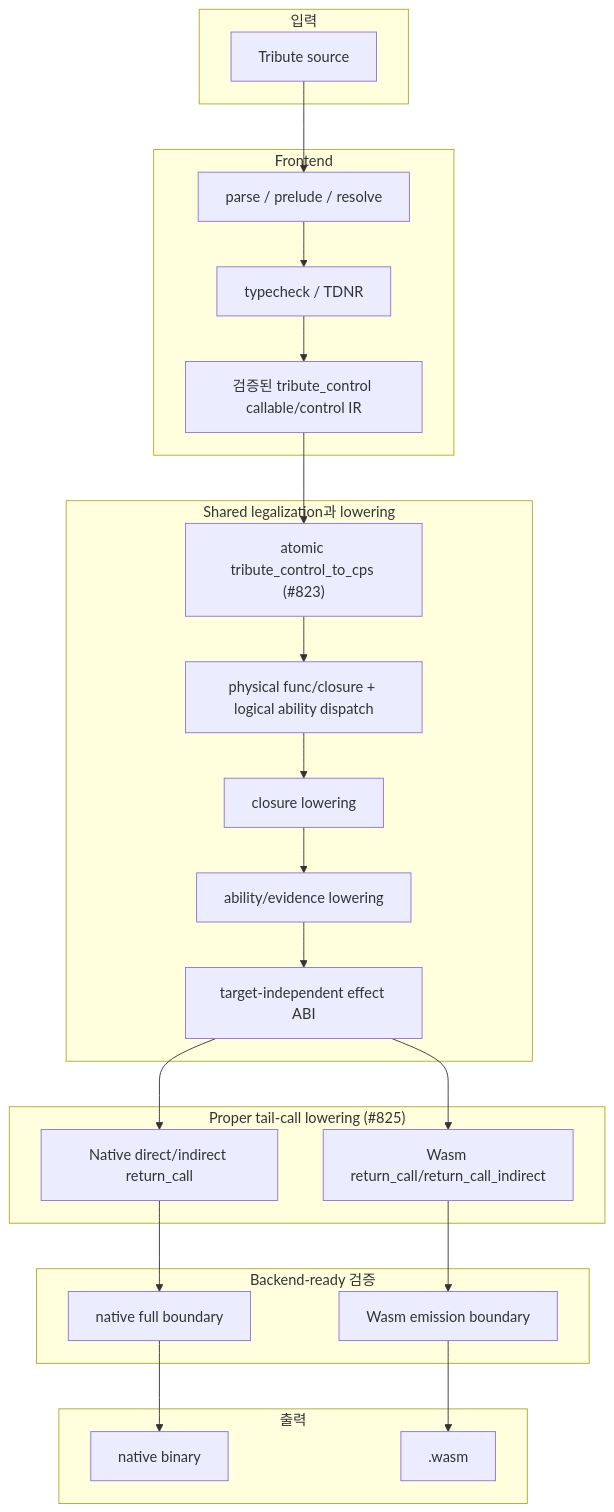
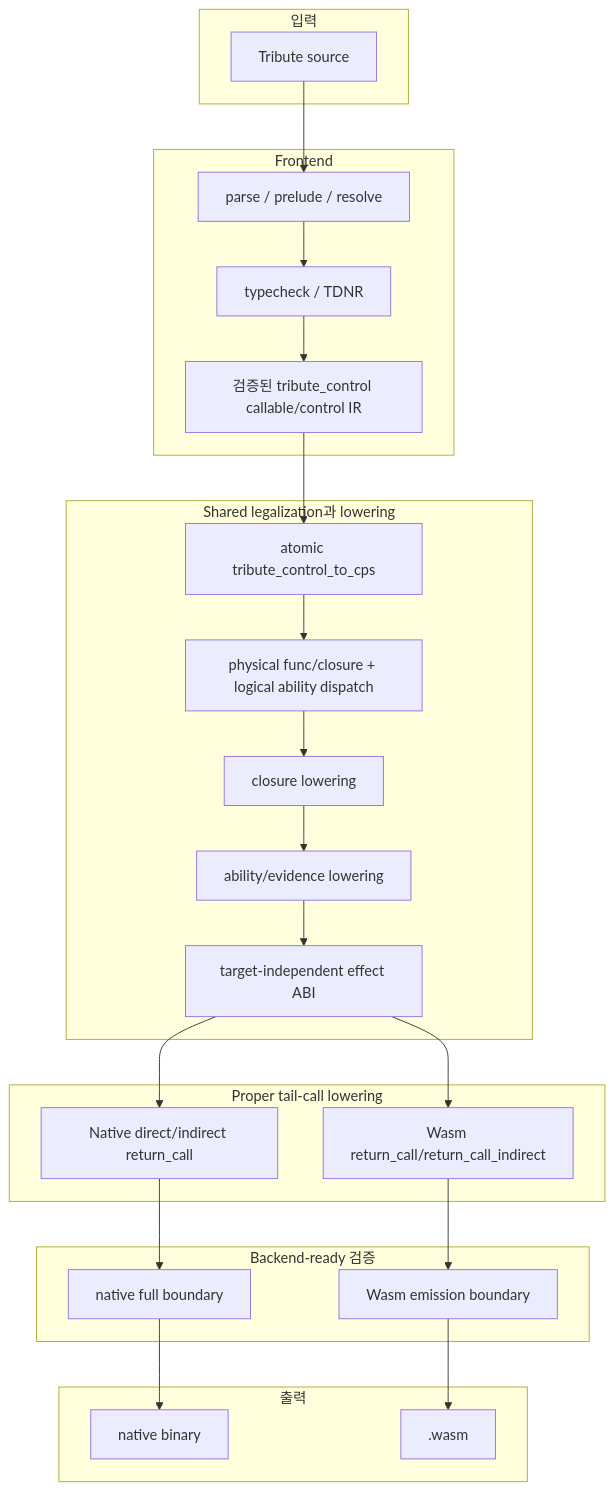
The diagram in new-plans/implementation.md (Kroisse/tribute), drawn with Mermaid before and after one commit. The commit also changed other lines of this file and 3 other files, not shown here.

````diff
--- a/new-plans/implementation.md
+++ b/new-plans/implementation.md
@@ -919,50 +875,50 @@
 ```mermaid
 flowchart TB
     subgraph input["입력"]
         source["Tribute source"]
     end
 
     subgraph frontend["Frontend"]
         parse["parse / prelude / resolve"]
         typecheck["typecheck / TDNR"]
         direct["검증된 tribute_control callable/control IR"]
     end
 
     subgraph shared["Shared legalization과 lowering"]
-        cps["atomic tribute_control_to_cps (#823)"]
+        cps["atomic tribute_control_to_cps"]
         physical["physical func/closure + logical ability dispatch"]
         closure["closure lowering"]
         ability["ability/evidence lowering"]
         effect["target-independent effect ABI"]
     end
 
-    subgraph targets["Proper tail-call lowering (#825)"]
+    subgraph targets["Proper tail-call lowering"]
         native_tail["Native direct/indirect return_call"]
         wasm_tail["Wasm return_call/return_call_indirect"]
     end
 
     subgraph verify["Backend-ready 검증"]
         native_ready["native full boundary"]
         wasm_ready["Wasm emission boundary"]
     end
 
     subgraph output["출력"]
         native_bin["native binary"]
         wasm_bin[".wasm"]
     end
 
     source --> parse
     parse --> typecheck
     typecheck --> direct
     direct --> cps
     cps --> physical
     physical --> closure
     closure --> ability
     ability --> effect
     effect --> native_tail
     effect --> wasm_tail
     native_tail --> native_ready
     wasm_tail --> wasm_ready
     native_ready --> native_bin
     wasm_ready --> wasm_bin
 ```
````
